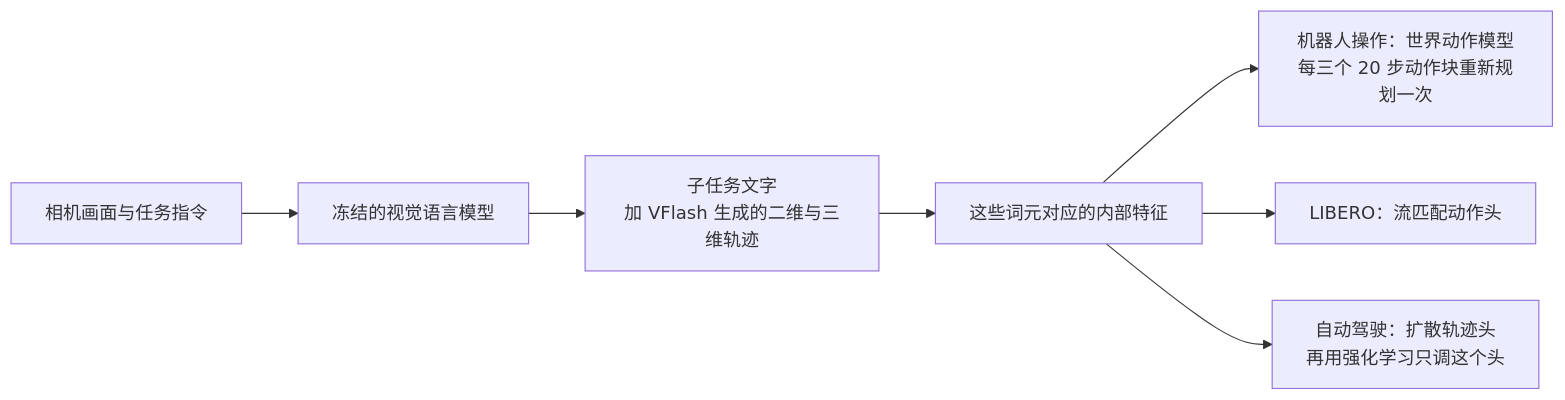
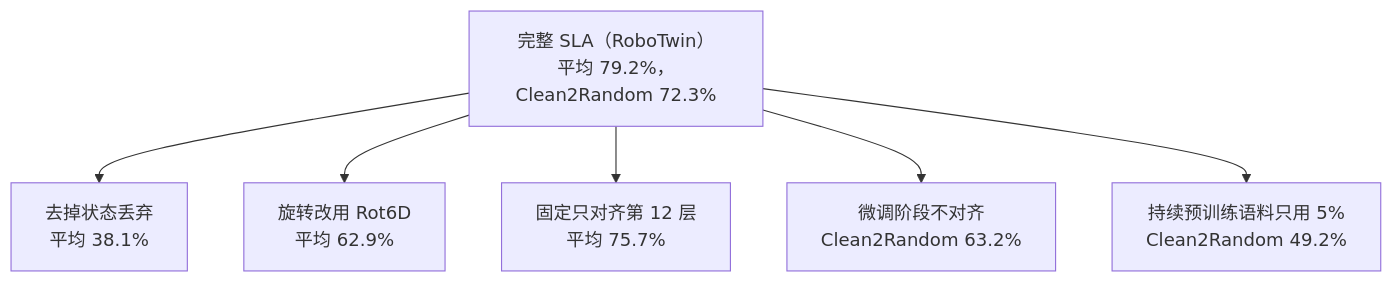
The fifth of 5 diagrams in docs/index.md (yingwang/paper-reads), drawn with Mermaid before and after one commit. The commit also changed other lines of this file and 2 other files, not shown here.

First line of the commit message:
Add 2026-11-07-sla-spatial-language-action-continual-pretraining

````diff
--- a/docs/index.md
+++ b/docs/index.md
@@ -156,9 +311,9 @@
 ```mermaid
-flowchart LR
-    I["相机画面与任务指令"] --> V["冻结的视觉语言模型"]
-    V --> P["子任务文字<br/>加 VFlash 生成的二维与三维轨迹"]
-    P --> H["这些词元对应的内部特征"]
-    H --> A1["机器人操作：世界动作模型<br/>每三个 20 步动作块重新规划一次"]
-    H --> A2["LIBERO：流匹配动作头"]
-    H --> A3["自动驾驶：扩散轨迹头<br/>再用强化学习只调这个头"]
+flowchart TD
+    R["完整 SLA（RoboTwin）<br/>平均 79.2%，Clean2Random 72.3%"]
+    R --> A1["去掉状态丢弃<br/>平均 38.1%"]
+    R --> A3["旋转改用 Rot6D<br/>平均 62.9%"]
+    R --> A4["固定只对齐第 12 层<br/>平均 75.7%"]
+    R --> A2["微调阶段不对齐<br/>Clean2Random 63.2%"]
+    R --> A5["持续预训练语料只用 5%<br/>Clean2Random 49.2%"]
 ```
````
